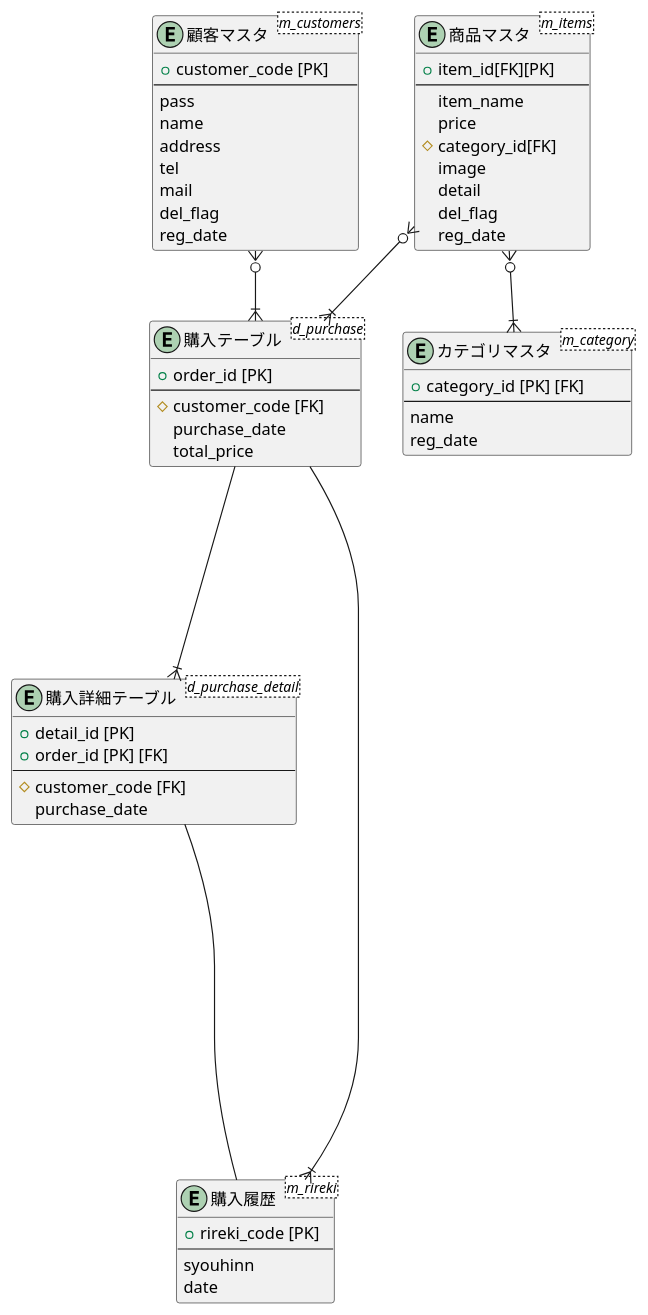
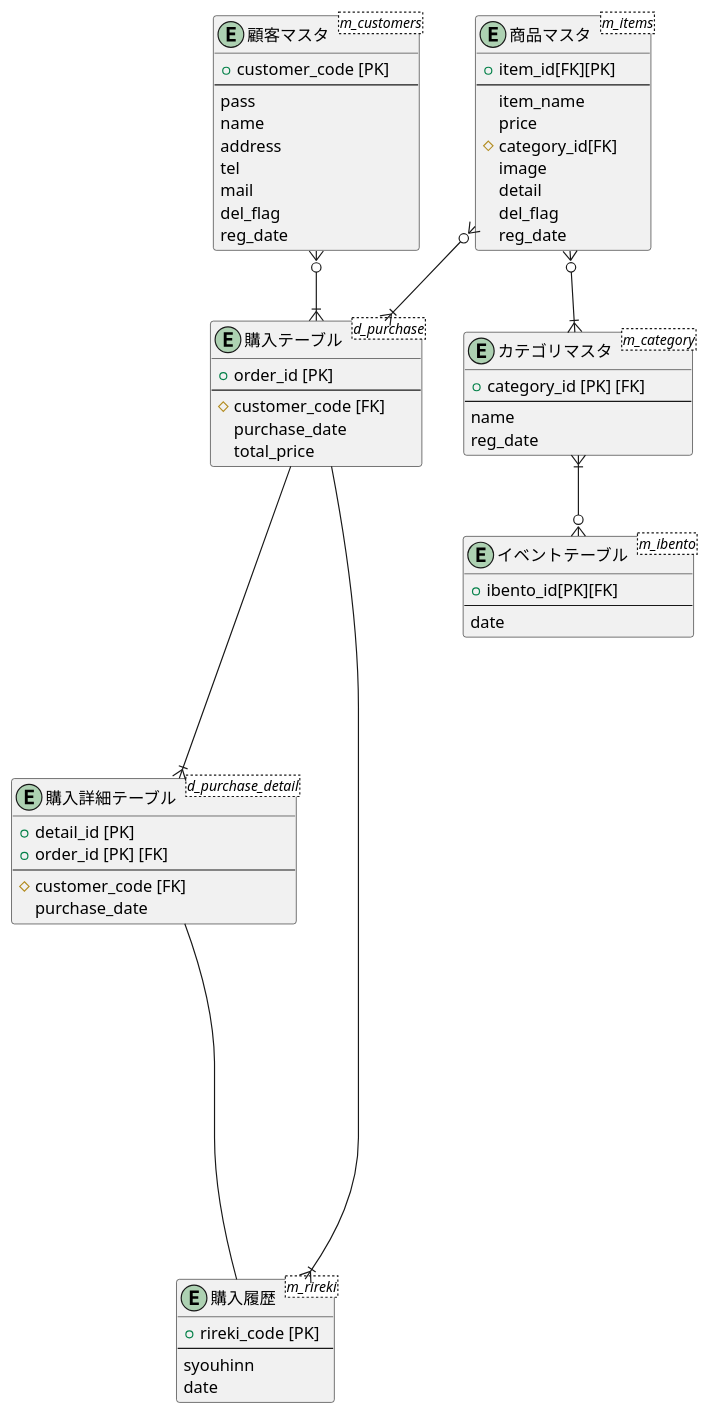
One commit to aso2001036/2021sys-design changed the diagram in db/original/ER.md. Above: the diagram before and after it, drawn with PlantUML.

````diff
--- a/db/original/ER.md
+++ b/db/original/ER.md
@@ -1,64 +1,71 @@
 ```puml
 @startuml
 entity "購入テーブル" as purchase <d_purchase> {
 + order_id [PK]
 --
 # customer_code [FK]
 purchase_date
 total_price
 }
 
 entity "購入詳細テーブル" as purcher_detail <d_purchase_detail> {
 + detail_id [PK]
 + order_id [PK] [FK]
 --
 # customer_code [FK]
 purchase_date
 }
 
 entity "顧客マスタ" as customer <m_customers> {
 + customer_code [PK]
 --
 pass
 name
 address
 tel
 mail
 del_flag
 reg_date
 }
 
 entity "購入履歴" as rireki <m_rireki> {
 + rireki_code [PK]
 --
 syouhinn
 date
 }
 
 entity "カテゴリマスタ" as category <m_category> {
 + category_id [PK] [FK]
 --
 name
 reg_date
 }
 
 entity "商品マスタ" as items <m_items> {
 + item_id[FK][PK]
 --
 item_name
 price
 # category_id[FK]
 image
 detail
 del_flag
 reg_date
 }
 
+entity "イベントテーブル" as ibento <m_ibento> {
++ ibento_id[PK][FK]
+--
+date
+}
+
 purchase ----|{ purcher_detail
 purchase ----|{ rireki
 purcher_detail ------ rireki
 customer }o--|{ purchase
 items }o--|{ purchase
 items }o--|{ category
+category }|--o{ ibento
 @enduml
 ```
````
